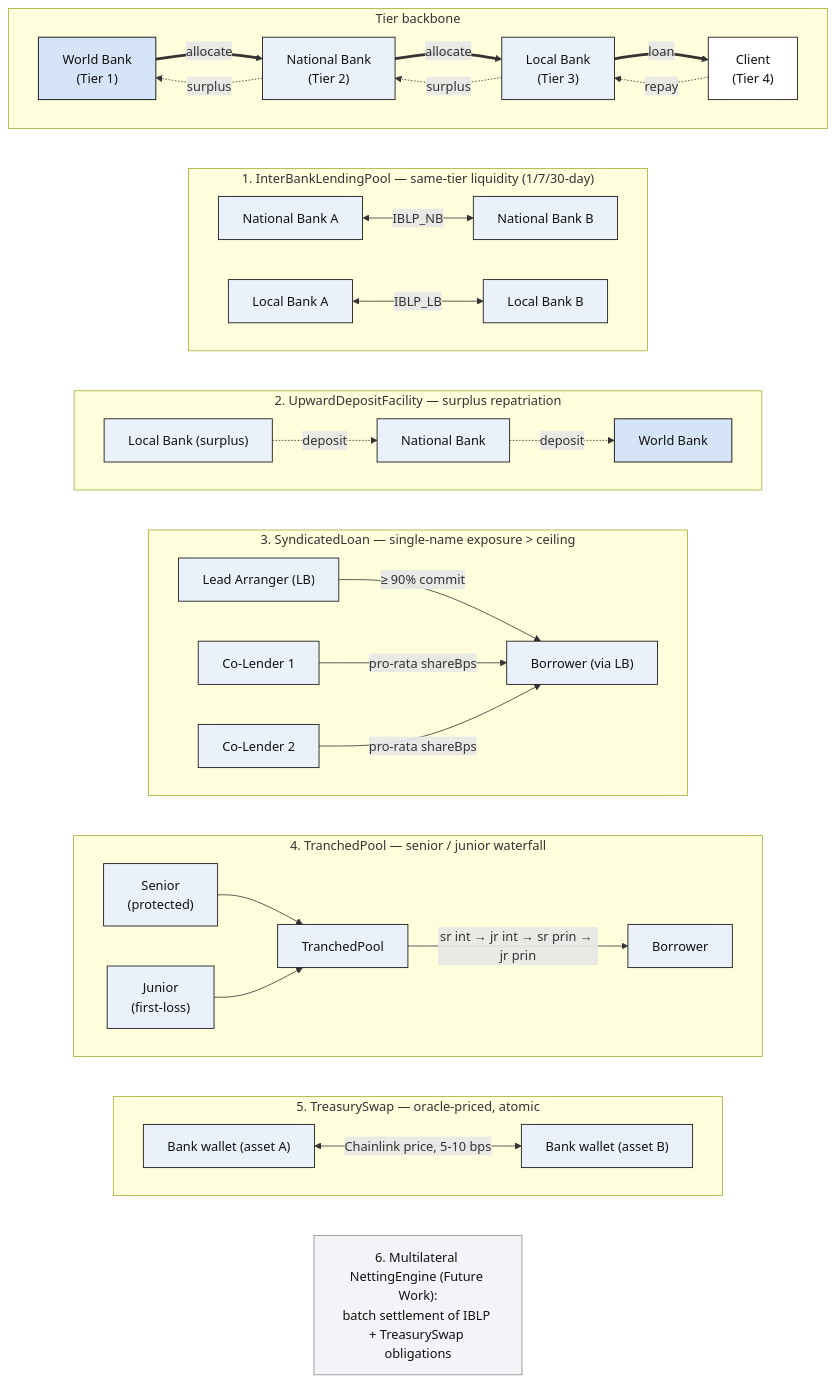
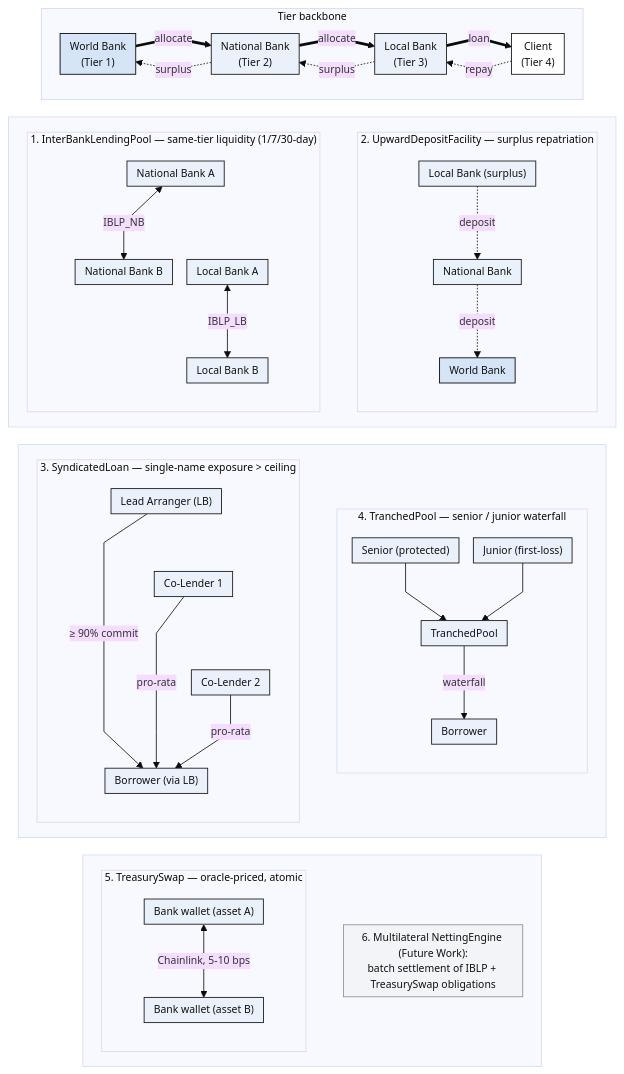
Before and after one commit to Yuvraajrahman/Cryto-World-Bank: the diagram in Documentation/Pre Thesis -2 Documents/V35 /Diagrams/Ch3_multi-entity-cross-tier-operations.mmd, drawn with Mermaid. The commit also changed 140 other files, not shown here.

```diff
--- a/Documentation/Pre Thesis -2 Documents/V35 /Diagrams/Ch3_multi-entity-cross-tier-operations.mmd
+++ b/Documentation/Pre Thesis -2 Documents/V35 /Diagrams/Ch3_multi-entity-cross-tier-operations.mmd
@@ -1,71 +1,80 @@
+%%{init: {"theme": "base", "flowchart": {"htmlLabels": true, "curve": "linear", "nodeSpacing": 18, "rankSpacing": 22, "padding": 6, "useMaxWidth": false}, "themeVariables": {"fontSize": "13px"}} }%%
 flowchart TB
+
   subgraph BACK["Tier backbone"]
     direction LR
     WB["World Bank<br/>(Tier 1)"]
     NB["National Bank<br/>(Tier 2)"]
     LB["Local Bank<br/>(Tier 3)"]
     CL["Client<br/>(Tier 4)"]
     WB ==>|"allocate"| NB
     NB ==>|"allocate"| LB
     LB ==>|"loan"| CL
     CL -.->|"repay"| LB
     LB -.->|"surplus"| NB
     NB -.->|"surplus"| WB
   end
 
-  subgraph OP1["1. InterBankLendingPool &mdash; same-tier liquidity (1/7/30-day)"]
+  subgraph ROW1[" "]
     direction LR
-    NBa["National Bank A"] <-->|"IBLP_NB"| NBb["National Bank B"]
-    LBa["Local Bank A"] <-->|"IBLP_LB"| LBb["Local Bank B"]
+    subgraph OP1["1. InterBankLendingPool &mdash; same-tier liquidity (1/7/30-day)"]
+      direction TB
+      NBa["National Bank A"] <-->|"IBLP_NB"| NBb["National Bank B"]
+      LBa["Local Bank A"] <-->|"IBLP_LB"| LBb["Local Bank B"]
+      NBa ~~~ LBa
+    end
+    subgraph OP2["2. UpwardDepositFacility &mdash; surplus repatriation"]
+      direction TB
+      LBu["Local Bank (surplus)"] -.->|"deposit"| NBu["National Bank"]
+      NBu -.->|"deposit"| WBu["World Bank"]
+    end
+    OP1 ~~~ OP2
   end
 
-  subgraph OP2["2. UpwardDepositFacility &mdash; surplus repatriation"]
+  subgraph ROW2[" "]
     direction LR
-    LBu["Local Bank (surplus)"] -.->|"deposit"| NBu["National Bank"]
-    NBu -.->|"deposit"| WBu["World Bank"]
+    subgraph OP3["3. SyndicatedLoan &mdash; single-name exposure &gt; ceiling"]
+      direction TB
+      LEAD["Lead Arranger (LB)"]
+      CO1["Co-Lender 1"]
+      CO2["Co-Lender 2"]
+      SBORR["Borrower (via LB)"]
+      LEAD ~~~ CO1 ~~~ CO2
+      LEAD -->|"&ge; 90% commit"| SBORR
+      CO1 -->|"pro-rata"| SBORR
+      CO2 -->|"pro-rata"| SBORR
+    end
+    subgraph OP4["4. TranchedPool &mdash; senior / junior waterfall"]
+      direction TB
+      SEN["Senior (protected)"]
+      JUN["Junior (first-loss)"]
+      POOL["TranchedPool"]
+      TBORR["Borrower"]
+      SEN --> POOL
+      JUN --> POOL
+      POOL -->|"waterfall"| TBORR
+    end
+    OP3 ~~~ OP4
   end
 
-  subgraph OP3["3. SyndicatedLoan &mdash; single-name exposure &gt; ceiling"]
+  subgraph ROW3[" "]
     direction LR
-    LEAD["Lead Arranger (LB)"]
-    CO1["Co-Lender 1"]
-    CO2["Co-Lender 2"]
-    SBORR["Borrower (via LB)"]
-    LEAD -->|"&ge; 90% commit"| SBORR
-    CO1 -->|"pro-rata shareBps"| SBORR
-    CO2 -->|"pro-rata shareBps"| SBORR
+    subgraph OP5["5. TreasurySwap &mdash; oracle-priced, atomic"]
+      BW1["Bank wallet (asset A)"] <-->|"Chainlink, 5-10 bps"| BW2["Bank wallet (asset B)"]
+    end
+    NETT["6. Multilateral NettingEngine (Future Work):<br/>batch settlement of IBLP + TreasurySwap obligations"]
+    OP5 ~~~ NETT
   end
 
-  subgraph OP4["4. TranchedPool &mdash; senior / junior waterfall"]
-    direction LR
-    SEN["Senior<br/>(protected)"]
-    JUN["Junior<br/>(first-loss)"]
-    POOL["TranchedPool"]
-    TBORR["Borrower"]
-    SEN --> POOL
-    JUN --> POOL
-    POOL -->|"sr int &rarr; jr int &rarr; sr prin &rarr; jr prin"| TBORR
-  end
-
-  subgraph OP5["5. TreasurySwap &mdash; oracle-priced, atomic"]
-    direction LR
-    BW1["Bank wallet (asset A)"] <-->|"Chainlink price, 5-10 bps"| BW2["Bank wallet (asset B)"]
-  end
-
-  NETT["6. Multilateral NettingEngine (Future Work):<br/>batch settlement of IBLP + TreasurySwap obligations"]
-
-  WB ~~~ NBa
-  NBb ~~~ LBu
-  WBu ~~~ LEAD
-  SBORR ~~~ SEN
-  TBORR ~~~ BW1
-  BW2 ~~~ NETT
+  BACK ~~~ ROW1
+  ROW1 ~~~ ROW2
+  ROW2 ~~~ ROW3
 
   classDef apex fill:#D6E4F7,stroke:#1B1B1B,stroke-width:1.2px,color:#111111;
   classDef mid fill:#EAF1FB,stroke:#1B1B1B,stroke-width:1.1px,color:#111111;
   classDef leaf fill:#FFFFFF,stroke:#1B1B1B,stroke-width:1.1px,color:#111111;
   classDef note fill:#F2F4F7,stroke:#8A8A8A,stroke-width:1px,color:#111111;
   class WB,WBu apex;
   class NB,LB,NBa,NBb,LBa,LBb,LBu,NBu,LEAD,CO1,CO2,SBORR,SEN,JUN,POOL,TBORR,BW1,BW2 mid;
   class CL leaf;
   class NETT note;
```
